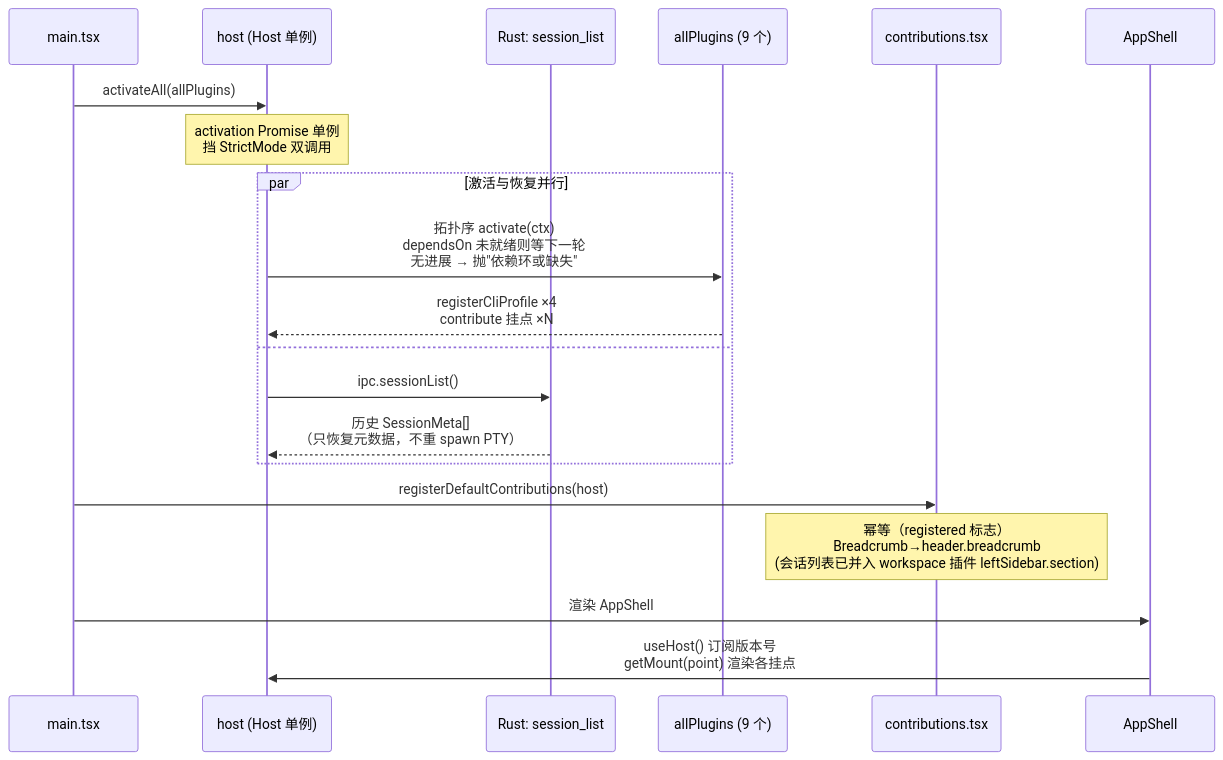
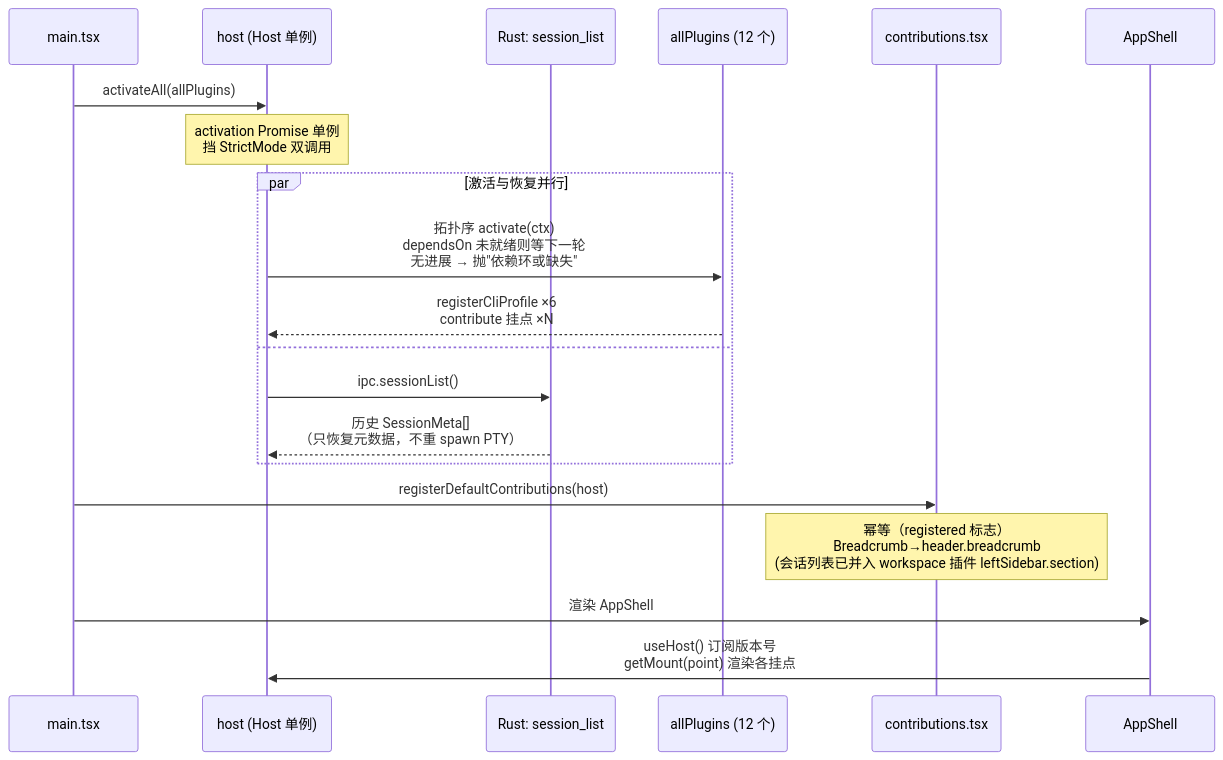
One commit to chenxiangning/tmd-cli changed the second of 8 diagrams in docs/architecture/02-code-architecture.md. Above: the diagram before and after it, drawn with Mermaid. The commit also changed other lines of this file and 7 other files, not shown here.

````diff
--- a/docs/architecture/02-code-architecture.md
+++ b/docs/architecture/02-code-architecture.md
@@ -96,23 +99,23 @@
 ```mermaid
 sequenceDiagram
     participant M as main.tsx
     participant H as host (Host 单例)
     participant R as Rust: session_list
-    participant P as allPlugins (9 个)
+    participant P as allPlugins (12 个)
     participant C as contributions.tsx
     participant A as AppShell
 
     M->>H: activateAll(allPlugins)
     Note over H: activation Promise 单例<br/>挡 StrictMode 双调用
     par 激活与恢复并行
         H->>P: 拓扑序 activate(ctx)<br/>dependsOn 未就绪则等下一轮<br/>无进展 → 抛"依赖环或缺失"
-        P-->>H: registerCliProfile ×4<br/>contribute 挂点 ×N
+        P-->>H: registerCliProfile ×6<br/>contribute 挂点 ×N
     and
         H->>R: ipc.sessionList()
         R-->>H: 历史 SessionMeta[]<br/>（只恢复元数据，不重 spawn PTY）
     end
     M->>C: registerDefaultContributions(host)
     Note over C: 幂等（registered 标志）<br/>Breadcrumb→header.breadcrumb<br/>(会话列表已并入 workspace 插件 leftSidebar.section)
     M->>A: 渲染 AppShell
     A->>H: useHost() 订阅版本号<br/>getMount(point) 渲染各挂点
 ```
````
